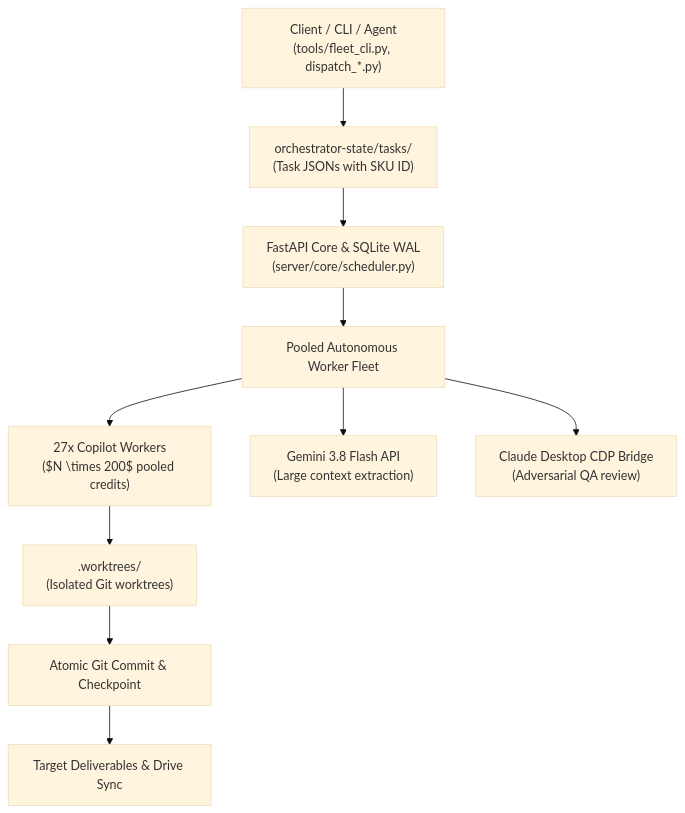
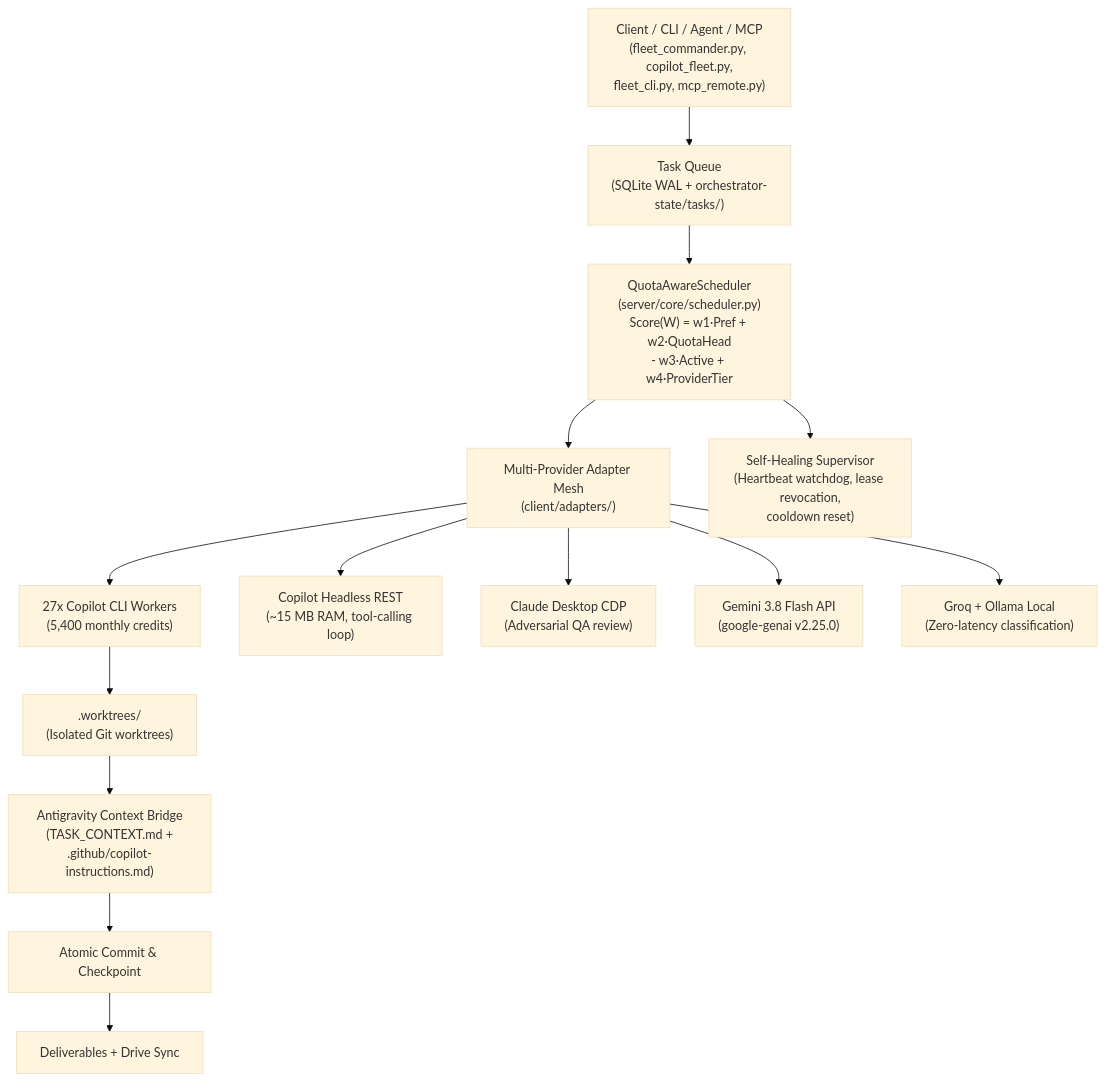
Before and after one commit to Aaradhya-Dev-Tamrakar/brainstorm: the diagram in tools/skills/fleet-orchestrator/SKILL.md, drawn with Mermaid (base theme). The commit also changed other lines of this file and 7 other files, not shown here.

Commit message:
docs(skills): update fleet-orchestrator skill to v2.0.0

````diff
--- a/tools/skills/fleet-orchestrator/SKILL.md
+++ b/tools/skills/fleet-orchestrator/SKILL.md
@@ -15,14 +23,21 @@
 ```mermaid
 flowchart TD
-    TaskSubmission["Client / CLI / Agent<br/>(tools/fleet_cli.py, dispatch_*.py)"] --> Queue["orchestrator-state/tasks/<br/>(Task JSONs with SKU ID)"]
-    Queue --> Backend["FastAPI Core & SQLite WAL<br/>(server/core/scheduler.py)"]
-    
-    Backend --> WorkerPool["Pooled Autonomous Worker Fleet"]
-    WorkerPool --> CopilotWorkers["27x Copilot Workers<br/>($N \times 200$ pooled credits)"]
-    WorkerPool --> GeminiWorkers["Gemini 3.8 Flash API<br/>(Large context extraction)"]
-    WorkerPool --> ClaudeCDP["Claude Desktop CDP Bridge<br/>(Adversarial QA review)"]
-    
-    CopilotWorkers --> Worktrees[".worktrees/<br/>(Isolated Git worktrees)"]
-    Worktrees --> Commit["Atomic Git Commit & Checkpoint"]
-    Commit --> Output["Target Deliverables & Drive Sync"]
+    Submission["Client / CLI / Agent / MCP\n(fleet_commander.py, copilot_fleet.py,\nfleet_cli.py, mcp_remote.py)"] --> Queue["Task Queue\n(SQLite WAL + orchestrator-state/tasks/)"]
+
+    Queue --> Scheduler["QuotaAwareScheduler\n(server/core/scheduler.py)\nScore(W) = w1·Pref + w2·QuotaHead\n- w3·Active + w4·ProviderTier"]
+
+    Scheduler --> AdapterMesh["Multi-Provider Adapter Mesh\n(client/adapters/)"]
+
+    AdapterMesh --> CopilotCLI["27x Copilot CLI Workers\n(5,400 monthly credits)"]
+    AdapterMesh --> CopilotHeadless["Copilot Headless REST\n(~15 MB RAM, tool-calling loop)"]
+    AdapterMesh --> ClaudeCDP["Claude Desktop CDP\n(Adversarial QA review)"]
+    AdapterMesh --> GeminiAPI["Gemini 3.8 Flash API\n(google-genai v2.25.0)"]
+    AdapterMesh --> GroqOllama["Groq + Ollama Local\n(Zero-latency classification)"]
+
+    CopilotCLI --> Worktrees[".worktrees/\n(Isolated Git worktrees)"]
+    Worktrees --> Bridge["Antigravity Context Bridge\n(TASK_CONTEXT.md +\n.github/copilot-instructions.md)"]
+    Bridge --> Commit["Atomic Commit & Checkpoint"]
+    Commit --> Output["Deliverables + Drive Sync"]
+
+    Scheduler --> Supervisor["Self-Healing Supervisor\n(Heartbeat watchdog, lease revocation,\ncooldown reset)"]
 ```
````
